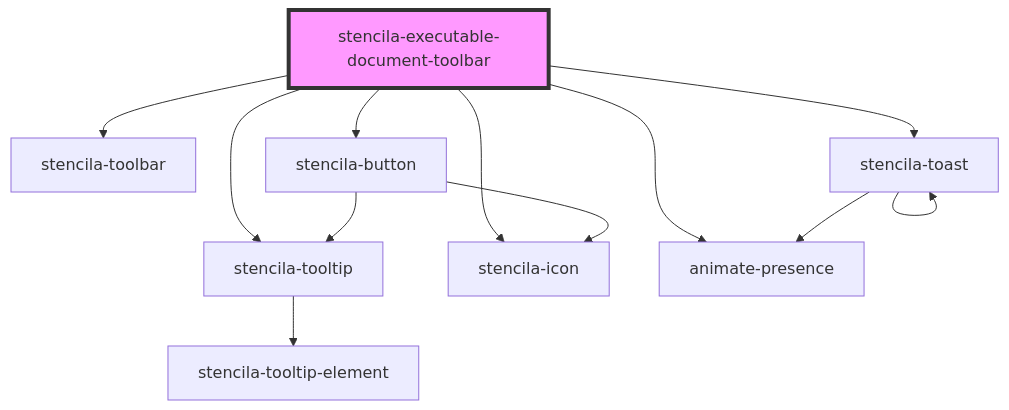
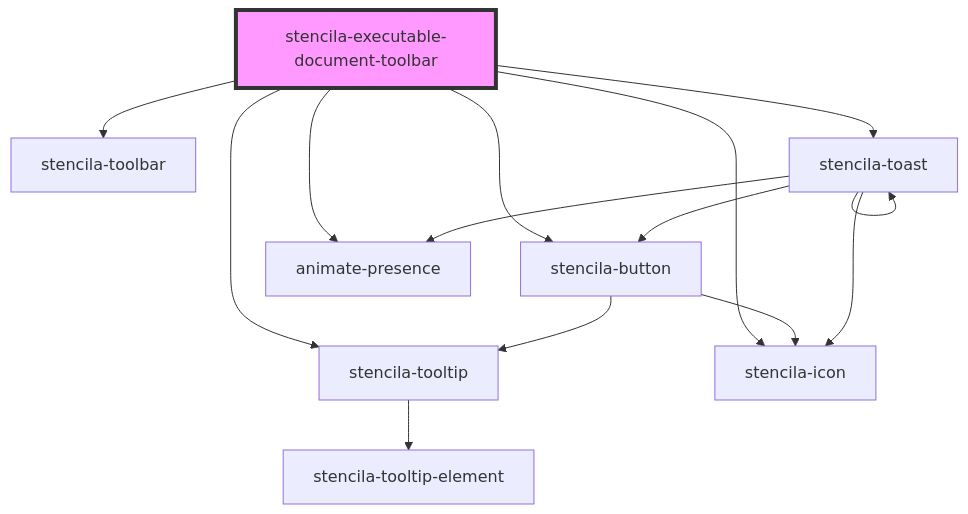
One commit to stencila/designa changed the diagram in packages/components/src/components/executableDocumentToolbar/readme.md. Above: the diagram before and after it, drawn with Mermaid. The commit also changed 8 other files, not shown here.

````diff
--- a/packages/components/src/components/executableDocumentToolbar/readme.md
+++ b/packages/components/src/components/executableDocumentToolbar/readme.md
@@ -36,15 +36,17 @@
 ```mermaid
 graph TD;
   stencila-executable-document-toolbar --> stencila-tooltip
   stencila-executable-document-toolbar --> stencila-icon
   stencila-executable-document-toolbar --> stencila-toolbar
   stencila-executable-document-toolbar --> stencila-button
   stencila-executable-document-toolbar --> animate-presence
   stencila-executable-document-toolbar --> stencila-toast
   stencila-tooltip --> stencila-tooltip-element
   stencila-button --> stencila-icon
   stencila-button --> stencila-tooltip
+  stencila-toast --> stencila-icon
+  stencila-toast --> stencila-button
   stencila-toast --> animate-presence
   stencila-toast --> stencila-toast
   style stencila-executable-document-toolbar fill:#f9f,stroke:#333,stroke-width:4px
 ```
````
